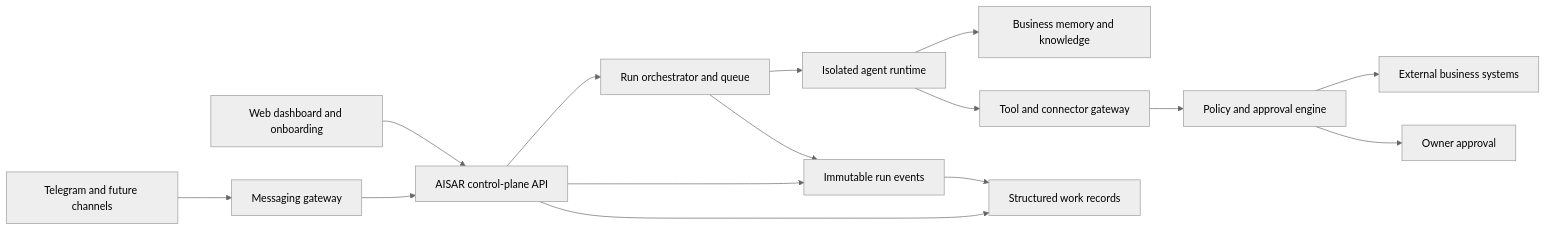
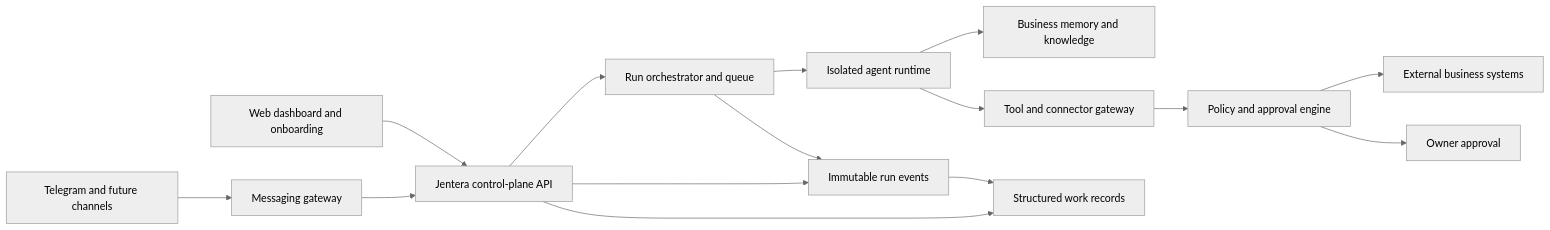
The diagram in TECHNICAL_ARCHITECTURE.md (qhkm/jentera), drawn with Mermaid (neutral theme) before and after one commit. The commit also changed other lines of this file and 78 other files, not shown here.

Commit message:
feat: rebrand AISAR as Jentera

````diff
--- a/TECHNICAL_ARCHITECTURE.md
+++ b/TECHNICAL_ARCHITECTURE.md
@@ -33,17 +33,17 @@
 ```mermaid
 flowchart LR
-    UI[Web dashboard and onboarding] --> API[AISAR control-plane API]
+    UI[Web dashboard and onboarding] --> API[Jentera control-plane API]
     TG[Telegram and future channels] --> GW[Messaging gateway]
     GW --> API
     API --> ORCH[Run orchestrator and queue]
     ORCH --> RT[Isolated agent runtime]
     RT --> MEM[Business memory and knowledge]
     RT --> TOOLS[Tool and connector gateway]
     TOOLS --> POLICY[Policy and approval engine]
     POLICY --> EXT[External business systems]
     POLICY --> APPROVAL[Owner approval]
     ORCH --> EVENTS[Immutable run events]
     EVENTS --> WORK[Structured work records]
     API --> WORK
     API --> EVENTS
 ```
````
